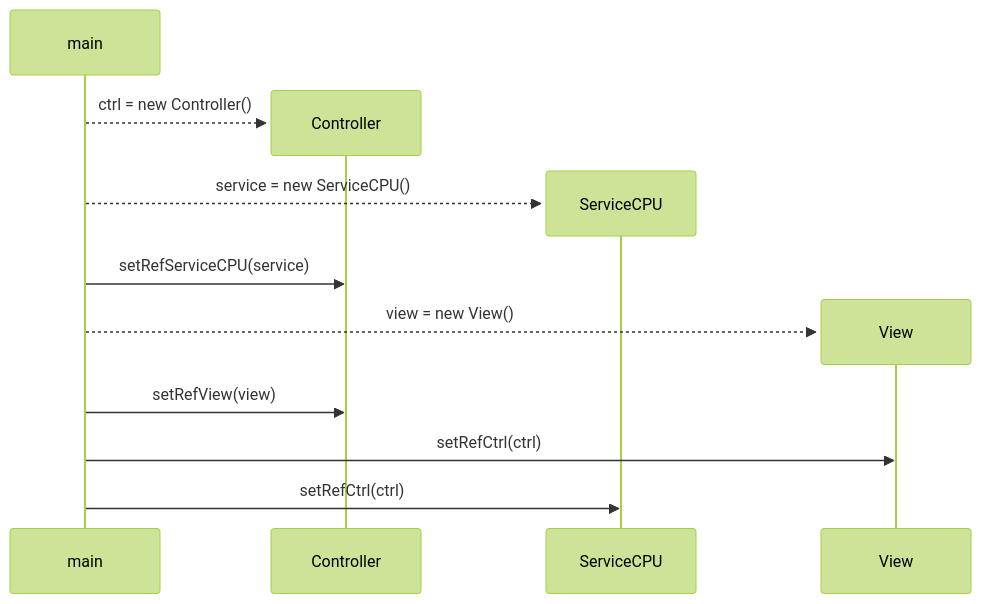
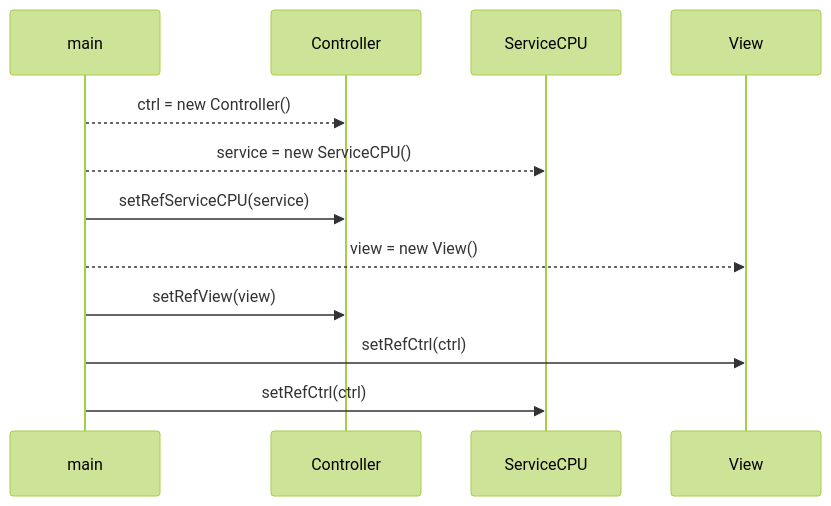
One commit to emf-info-d400/Ex03-ProcesseursB changed the third of 3 diagrams in README.md. Above: the diagram before and after it, drawn with Mermaid (forest theme). The commit also changed other lines of this file, not shown here.

````diff
--- a/README.md
+++ b/README.md
@@ -215,14 +216,11 @@
 ```mermaid
 sequenceDiagram
     participant main
-    create participant Controller
     main-->>Controller: ctrl = new Controller()
-    create participant ServiceCPU
     main-->>ServiceCPU: service = new ServiceCPU()
     main->>Controller: setRefServiceCPU(service)
-    create participant View
     main-->>View: view = new View()
     main->>Controller: setRefView(view)
     main->>View: setRefCtrl(ctrl)
     main->>ServiceCPU: setRefCtrl(ctrl)
 ```
````
